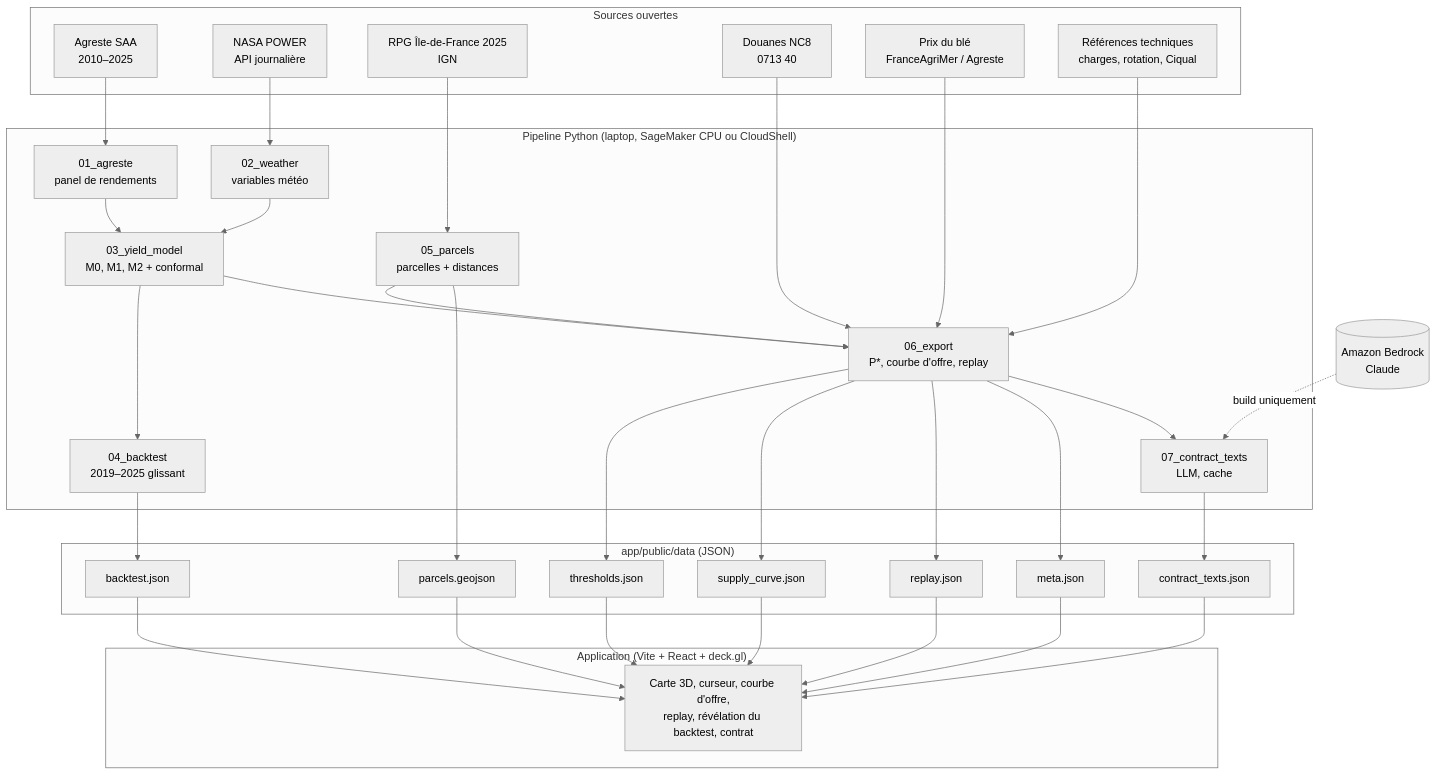
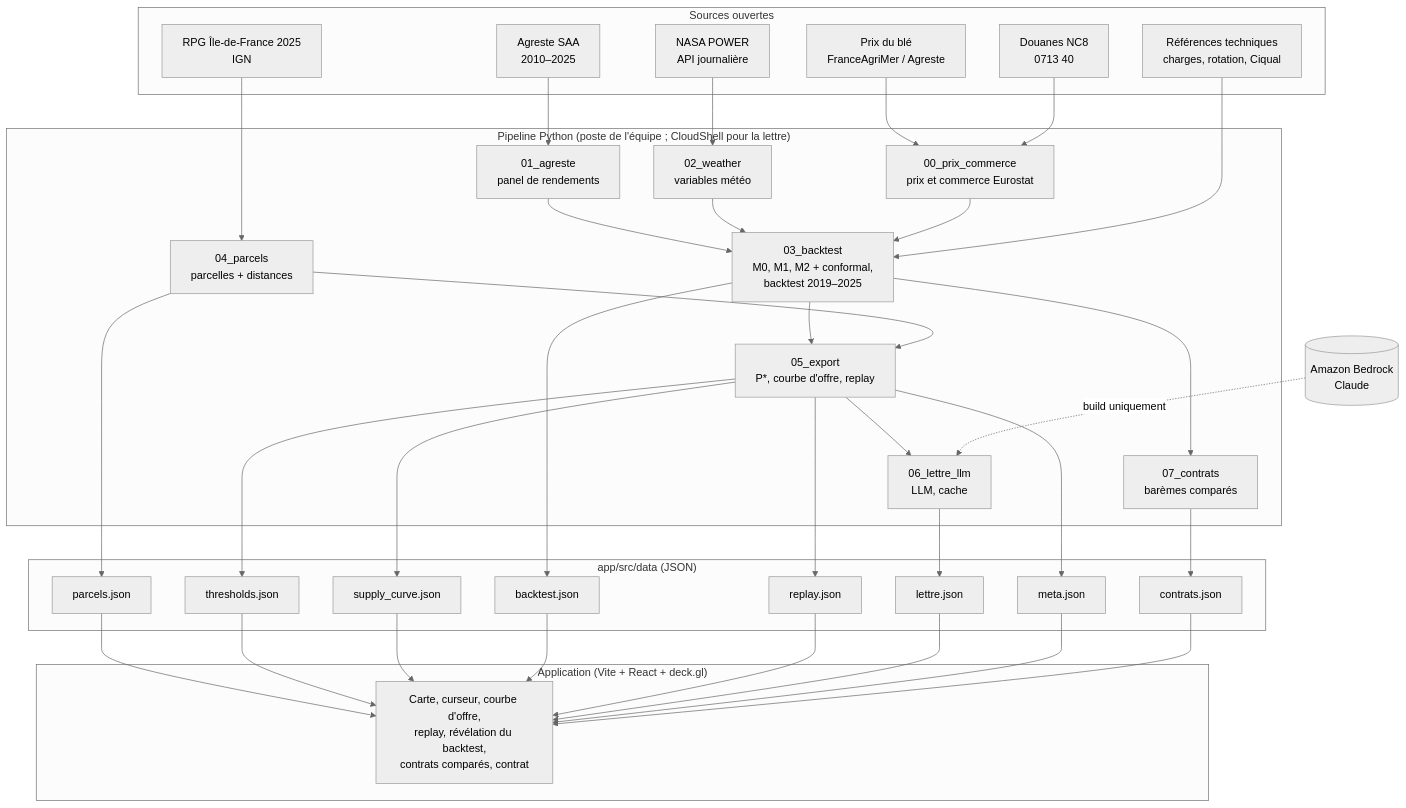
One commit to nassim-arifette/hackthefork-hackathon changed the first of 2 diagrams in docs/ARCHITECTURE.md. Above: the diagram before and after it, drawn with Mermaid (neutral theme). The commit also changed other lines of this file and 32 other files, not shown here.

````diff
--- a/docs/ARCHITECTURE.md
+++ b/docs/ARCHITECTURE.md
@@ -20,50 +20,52 @@
 ```mermaid
 flowchart TB
   subgraph Sources["Sources ouvertes"]
     AG[Agreste SAA<br/>2010–2025]
     NP[NASA POWER<br/>API journalière]
     RPG[RPG Île-de-France 2025<br/>IGN]
     DOU[Douanes NC8<br/>0713 40]
     PRX[Prix du blé<br/>FranceAgriMer / Agreste]
     REF[Références techniques<br/>charges, rotation, Ciqual]
   end
 
-  subgraph Pipeline["Pipeline Python (laptop, SageMaker CPU ou CloudShell)"]
+  subgraph Pipeline["Pipeline Python (poste de l'équipe ; CloudShell pour la lettre)"]
+    P0[00_prix_commerce<br/>prix et commerce Eurostat]
     P1[01_agreste<br/>panel de rendements]
     P2[02_weather<br/>variables météo]
-    P3[03_yield_model<br/>M0, M1, M2 + conformal]
-    P4[04_backtest<br/>2019–2025 glissant]
-    P5[05_parcels<br/>parcelles + distances]
-    P6[06_export<br/>P*, courbe d'offre, replay]
-    P7[07_contract_texts<br/>LLM, cache]
+    P3[03_backtest<br/>M0, M1, M2 + conformal,<br/>backtest 2019–2025]
+    P5[04_parcels<br/>parcelles + distances]
+    P6[05_export<br/>P*, courbe d'offre, replay]
+    P8[07_contrats<br/>barèmes comparés]
+    P7[06_lettre_llm<br/>LLM, cache]
   end
 
-  subgraph Exports["app/public/data (JSON)"]
-    J1[parcels.geojson]
+  subgraph Exports["app/src/data (JSON)"]
+    J1[parcels.json]
     J2[thresholds.json]
     J3[supply_curve.json]
     J4[backtest.json]
     J5[replay.json]
-    J6[contract_texts.json]
+    J6[lettre.json]
     J7[meta.json]
+    J8[contrats.json]
   end
 
   subgraph App["Application (Vite + React + deck.gl)"]
-    UI[Carte 3D, curseur, courbe d'offre,<br/>replay, révélation du backtest, contrat]
+    UI[Carte, curseur, courbe d'offre,<br/>replay, révélation du backtest,<br/>contrats comparés, contrat]
   end
 
   AG --> P1 --> P3
   NP --> P2 --> P3
-  P3 --> P4
+  PRX --> P0 --> P3
+  REF --> P3
   P3 --> P6
-  PRX --> P6
-  REF --> P6
   RPG --> P5 --> P6
-  DOU --> P6
-  P4 --> J4
+  DOU --> P0
+  P3 --> J4
   P6 --> J2 & J3 & J5 & J7
   P5 --> J1
+  P3 --> P8 --> J8
   P6 --> P7 --> J6
-  J1 & J2 & J3 & J4 & J5 & J6 & J7 --> UI
+  J1 & J2 & J3 & J4 & J5 & J6 & J7 & J8 --> UI
   BR[(Amazon Bedrock<br/>Claude)] -.build uniquement.-> P7
 ```
````
